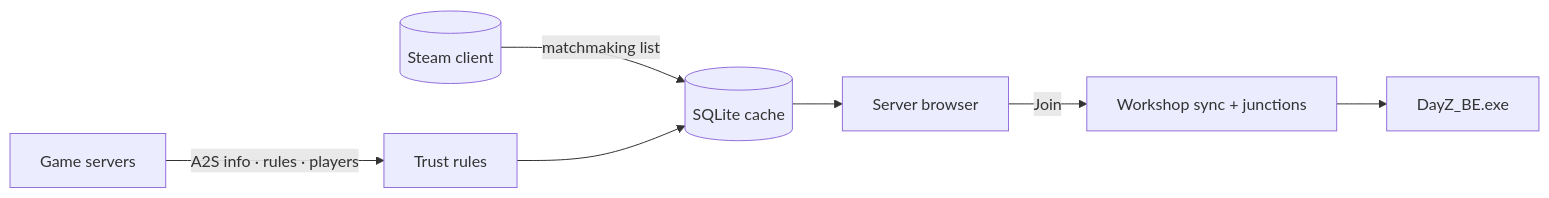
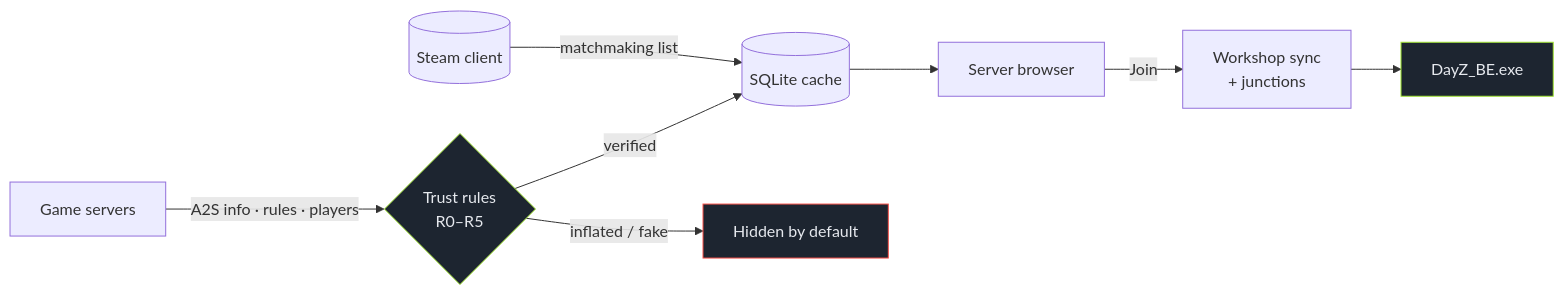
One commit to NobbyBo11ocks/DayZ-Launcher changed the diagram in README.md. Above: the diagram before and after it, drawn with Mermaid. The commit also changed other lines of this file and 19 other files, not shown here.

````diff
--- a/README.md
+++ b/README.md
@@ -123,7 +150,13 @@
 ```mermaid
 flowchart LR
-  Steam[(Steam client)] -- matchmaking list --> Cache[(SQLite cache)]
-  Servers[Game servers] -- "A2S info · rules · players" --> Verify[Trust rules]
-  Verify --> Cache --> UI[Server browser]
-  UI -- Join --> Sync[Workshop sync + junctions] --> BE[DayZ_BE.exe]
+  Steam[("Steam client")] -- matchmaking list --> Cache[("SQLite cache")]
+  Servers["Game servers"] -- "A2S info · rules · players" --> Verify{"Trust rules<br/>R0–R5"}
+  Verify -- verified --> Cache
+  Verify -- inflated / fake --> Hidden["Hidden by default"]
+  Cache --> UI["Server browser"]
+  UI -- Join --> Sync["Workshop sync<br/>+ junctions"] --> BE["DayZ_BE.exe"]
+
+  style Verify fill:#1d2530,stroke:#a3e635,color:#e6e9ee
+  style Hidden fill:#1d2530,stroke:#f85149,color:#e6e9ee
+  style BE fill:#1d2530,stroke:#a3e635,color:#e6e9ee
 ```
````
